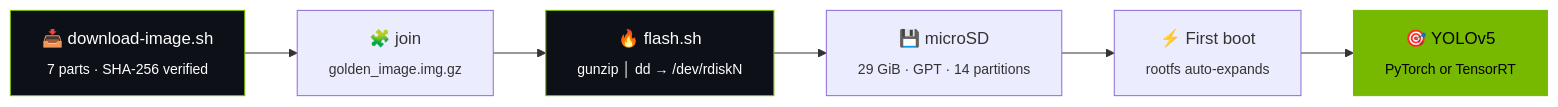
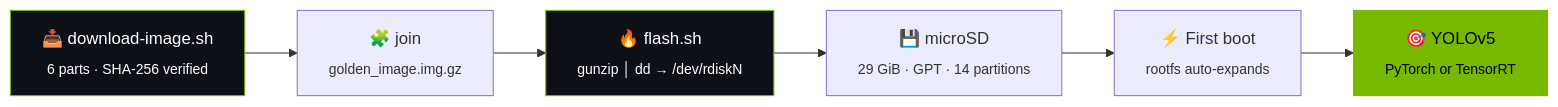
The diagram in README.md (bluebox-dev/Jetson-Nano-YOLOv5-OP), drawn with Mermaid before and after one commit. The commit also changed other lines of this file and 3 other files, not shown here.

````diff
--- a/README.md
+++ b/README.md
@@ -76,12 +76,12 @@
 ```mermaid
 flowchart LR
-    A["📥 download-image.sh<br/><sub>7 parts · SHA-256 verified</sub>"] --> B["🧩 join<br/><sub>golden_image.img.gz</sub>"]
+    A["📥 download-image.sh<br/><sub>6 parts · SHA-256 verified</sub>"] --> B["🧩 join<br/><sub>golden_image.img.gz</sub>"]
     B --> C["🔥 flash.sh<br/><sub>gunzip │ dd → /dev/rdiskN</sub>"]
     C --> D["💾 microSD<br/><sub>29 GiB · GPT · 14 partitions</sub>"]
     D --> E["⚡ First boot<br/><sub>rootfs auto-expands</sub>"]
     E --> F["🎯 YOLOv5<br/><sub>PyTorch or TensorRT</sub>"]
 
     style A fill:#0d1117,stroke:#76B900,color:#fff
     style C fill:#0d1117,stroke:#76B900,color:#fff
     style F fill:#76B900,stroke:#76B900,color:#000
 ```
````
